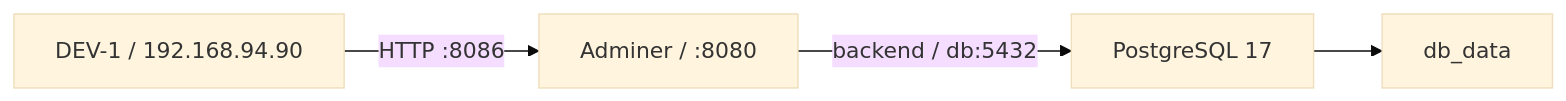
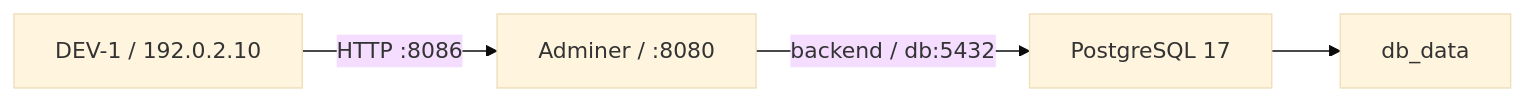
The diagram in session-37-depends-on-restart/README.md (Arezoudehghan/docker-compose-labs), drawn with Mermaid (base theme) before and after one commit. The commit also changed other lines of this file and 9 other files, not shown here.

````diff
--- a/session-37-depends-on-restart/README.md
+++ b/session-37-depends-on-restart/README.md
@@ -7,6 +7,6 @@
 ```mermaid
 flowchart LR
-    Client["DEV-1 / 192.168.94.90"] -->|"HTTP :8086"| Adminer["Adminer / :8080"]
+    Client["DEV-1 / 192.0.2.10"] -->|"HTTP :8086"| Adminer["Adminer / :8080"]
     Adminer -->|"backend / db:5432"| DB["PostgreSQL 17"]
     DB --> Volume["db_data"]
 ```
````
